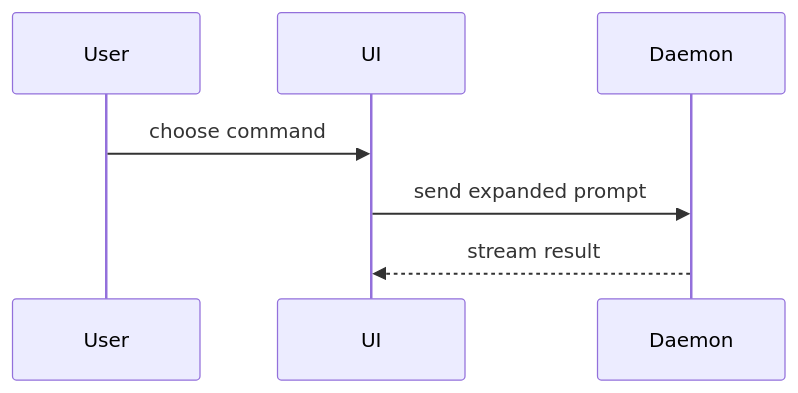
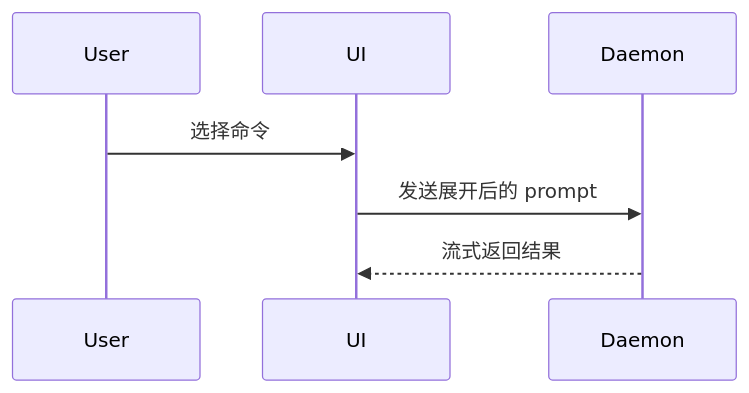
The diagram in skills/show-me/SKILL.md (qiuqiuqiu123/codex-skills), drawn with Mermaid before and after one commit. The commit also changed other lines of this file and 26 other files, not shown here.

````diff
--- a/skills/show-me/SKILL.md
+++ b/skills/show-me/SKILL.md
@@ -52,9 +52,9 @@
 ```mermaid
 sequenceDiagram
     participant User
     participant UI
     participant Daemon
-    User->>UI: choose command
-    UI->>Daemon: send expanded prompt
-    Daemon-->>UI: stream result
+    User->>UI: 选择命令
+    UI->>Daemon: 发送展开后的 prompt
+    Daemon-->>UI: 流式返回结果
 ```
````
